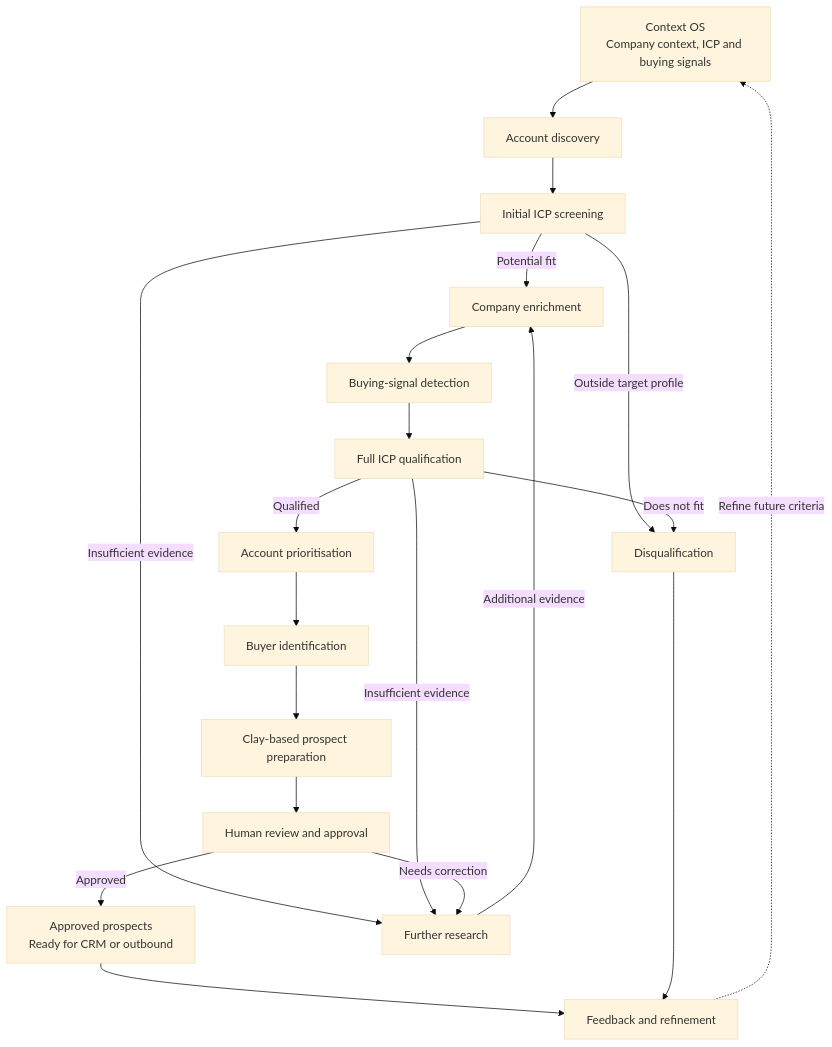
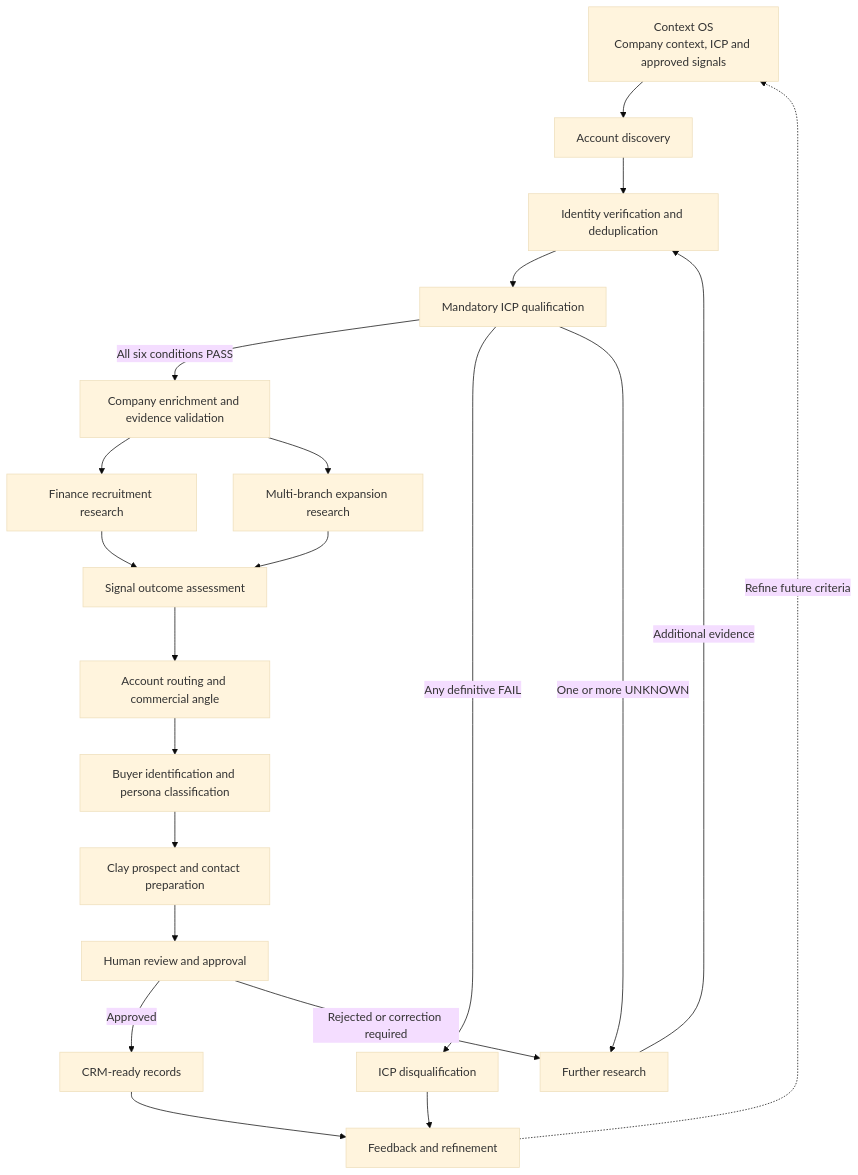
One commit to Hinazom/moniepoint-gtm-systems-os changed the diagram in architecture.md. Above: the diagram before and after it, drawn with Mermaid (base theme). The commit also changed other lines of this file and 2 other files, not shown here.

Commit message:
Update GTM workflow, architecture and project audit

````diff
--- a/architecture.md
+++ b/architecture.md
@@ -37,43 +39,45 @@
 ```mermaid
 flowchart TD
-    A["Context OS<br/>Company context, ICP and buying signals"]
+    A["Context OS<br/>Company context, ICP and approved signals"]
 
     B["Account discovery"]
-    C["Initial ICP screening"]
-    D["Company enrichment"]
-    E["Buying-signal detection"]
-    F["Full ICP qualification"]
-    G["Account prioritisation"]
-    H["Buyer identification"]
-    I["Clay-based prospect preparation"]
-    J["Human review and approval"]
-    K["Approved prospects<br/>Ready for CRM or outbound"]
+    C["Identity verification and deduplication"]
+    D["Mandatory ICP qualification"]
+    E["Company enrichment and evidence validation"]
+    F["Finance recruitment research"]
+    G["Multi-branch expansion research"]
+    H["Signal outcome assessment"]
+    I["Account routing and commercial angle"]
+    J["Buyer identification and persona classification"]
+    K["Clay prospect and contact preparation"]
+    L["Human review and approval"]
+    M["CRM-ready records"]
 
-    L["Disqualification"]
-    M["Further research"]
-    N["Feedback and refinement"]
+    N["ICP disqualification"]
+    O["Further research"]
+    P["Feedback and refinement"]
 
-    A --> B --> C
+    A --> B --> C --> D
 
-    C -->|Potential fit| D
-    C -->|Outside target profile| L
-    C -->|Insufficient evidence| M
+    D -->|All six conditions PASS| E
+    D -->|Any definitive FAIL| N
+    D -->|One or more UNKNOWN| O
 
-    D --> E --> F
+    E --> F
+    E --> G
 
-    F -->|Qualified| G
-    F -->|Does not fit| L
-    F -->|Insufficient evidence| M
+    F --> H
+    G --> H
 
-    G --> H --> I --> J
+    H --> I --> J --> K --> L
 
-    J -->|Approved| K
-    J -->|Needs correction| M
+    L -->|Approved| M
+    L -->|Rejected or correction required| O
 
-    M -->|Additional evidence| D
+    O -->|Additional evidence| C
 
-    K --> N
-    L --> N
+    M --> P
+    N --> P
 
-    N -.->|Refine future criteria| A
+    P -.->|Refine future criteria| A
 ```
````
